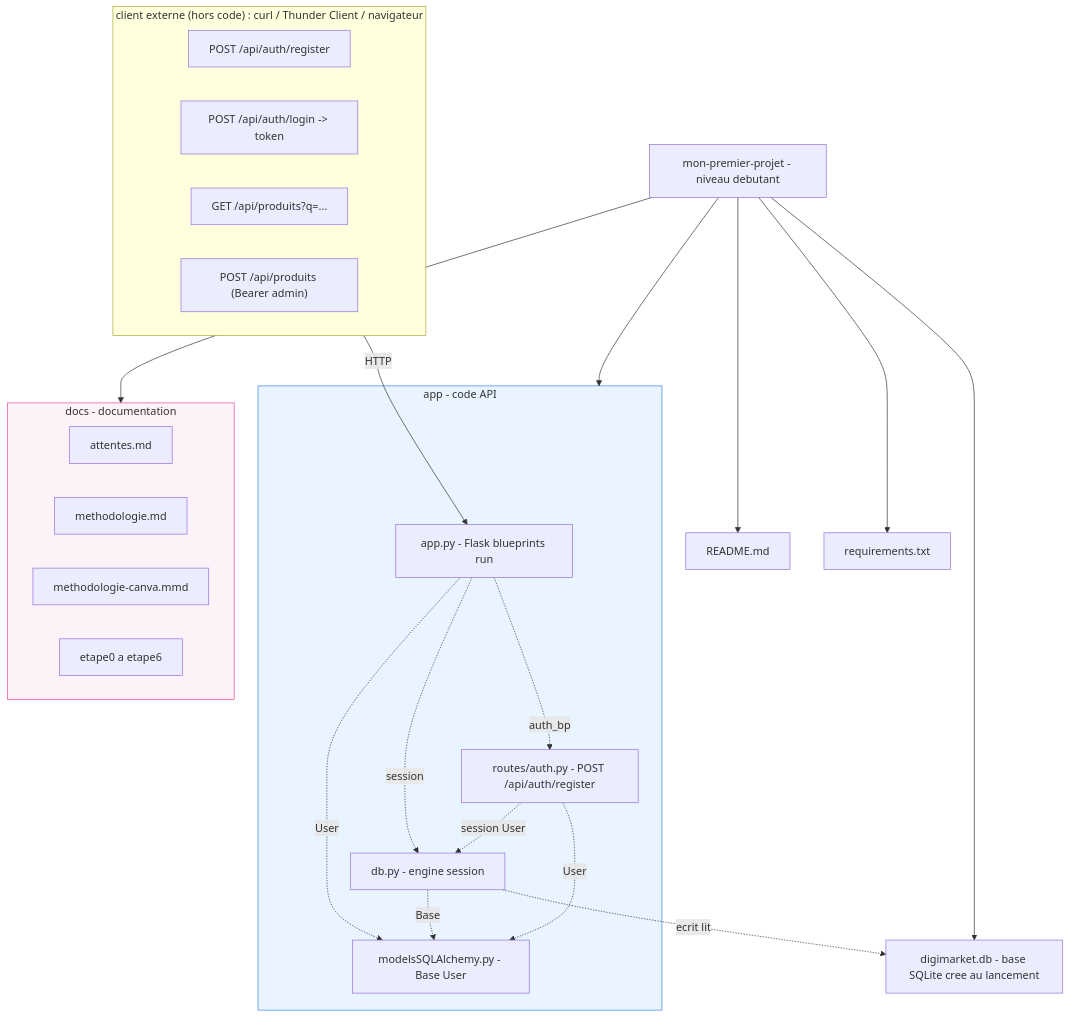
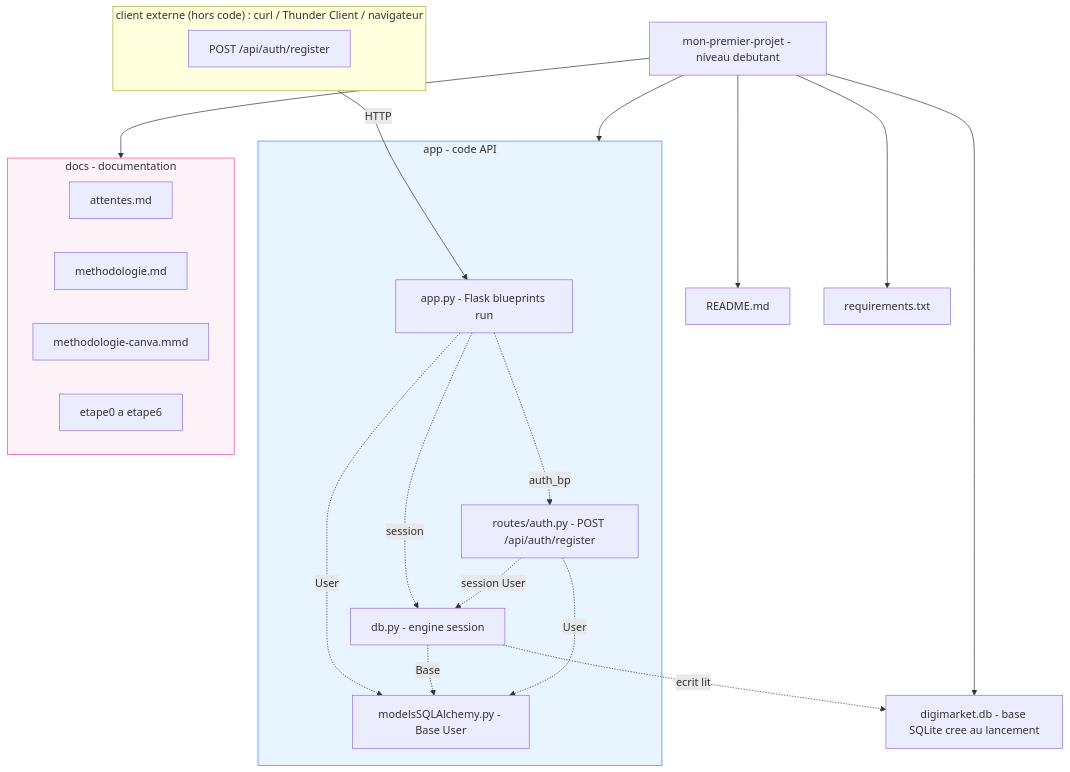
One commit to ericlacombe/mon-projet-handson-python changed the diagram in docs/canva-structure-debutant.mmd. Above: the diagram before and after it, drawn with Mermaid.

Commit message:
docs/canva-structure-debutant.mmd : uniquement REQ1 (POST /api/auth/register) au niveau 🥉 — les autres routes n'existent pas encore

```diff
--- a/docs/canva-structure-debutant.mmd
+++ b/docs/canva-structure-debutant.mmd
@@ -1,47 +1,44 @@
 %% Canva structure de fichiers - mon-premier-projet - NIVEAU DEBUTANT
 %% Rendu : copier ce bloc sur https://mermaid.live
 %% Legende : fleche pleine = arborescence (dossier contient fichier)
 %%           fleche pointillee + texte = import Python (le texte = le nom importe)
 flowchart TB
     ROOT["mon-premier-projet - niveau debutant"]
 
     ROOT --> README["README.md"]
     ROOT --> REQ["requirements.txt"]
     ROOT --> DBFILE["digimarket.db - base SQLite cree au lancement"]
 
     subgraph APP["app - code API"]
         A_APP["app.py - Flask blueprints run"]
         A_DB["db.py - engine session"]
         A_MODELS["modelsSQLAlchemy.py - Base User"]
         A_ROUTES["routes/auth.py - POST /api/auth/register"]
     end
 
 
     subgraph DOCS["docs - documentation"]
         D_ATT["attentes.md"]
         D_MET["methodologie.md"]
         D_CANVA["methodologie-canva.mmd"]
         D_ETAPES["etape0 a etape6"]
     end
 
     subgraph CLIENT["client externe (hors code) : curl / Thunder Client / navigateur"]
         REQ1["POST /api/auth/register"]
-        REQ2["POST /api/auth/login -> token"]
-        REQ3["GET /api/produits?q=..."]
-        REQ4["POST /api/produits (Bearer admin)"]
     end
 
     CLIENT -->|HTTP| A_APP
     ROOT --> APP
     ROOT --> DOCS
 
     A_APP -.->|auth_bp| A_ROUTES
     A_APP -.->|session| A_DB
     A_APP -.->|User| A_MODELS
     A_DB -.->|Base| A_MODELS
     A_DB -.->|"ecrit lit"| DBFILE
     A_ROUTES -.->|session User| A_DB
     A_ROUTES -.->|User| A_MODELS
 
     style APP fill:#e8f4ff,stroke:#3b82f6
     style DOCS fill:#fdf2f8,stroke:#ec4899
```
